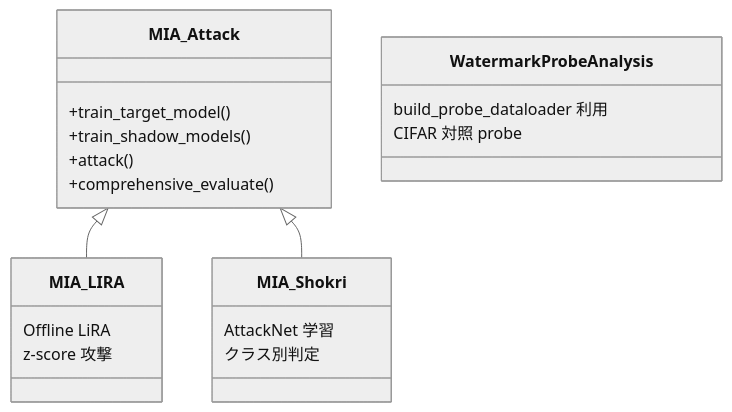
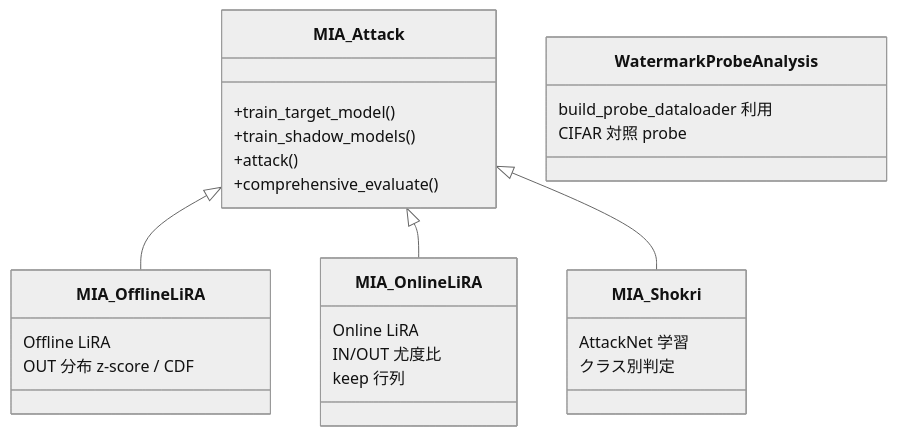
Diagram 12 of 14 in worker/docs/SPECIFICATION.md (GoldenPoisonedApple/MIAOS), drawn with Mermaid (neutral theme) before and after one commit. The commit also changed other lines of this file and 17 other files, not shown here.

````diff
--- a/worker/docs/SPECIFICATION.md
+++ b/worker/docs/SPECIFICATION.md
@@ -342,23 +342,29 @@
 ```mermaid
 classDiagram
     class MIA_Attack {
         +train_target_model()
         +train_shadow_models()
         +attack()
         +comprehensive_evaluate()
     }
-    class MIA_LIRA {
+    class MIA_OfflineLiRA {
         Offline LiRA
-        z-score 攻撃
+        OUT 分布 z-score / CDF
+    }
+    class MIA_OnlineLiRA {
+        Online LiRA
+        IN/OUT 尤度比
+        keep 行列
     }
     class MIA_Shokri {
         AttackNet 学習
         クラス別判定
     }
     class WatermarkProbeAnalysis {
         build_probe_dataloader 利用
         CIFAR 対照 probe
     }
-    MIA_Attack <|-- MIA_LIRA
+    MIA_Attack <|-- MIA_OfflineLiRA
+    MIA_Attack <|-- MIA_OnlineLiRA
     MIA_Attack <|-- MIA_Shokri
 ```
````
